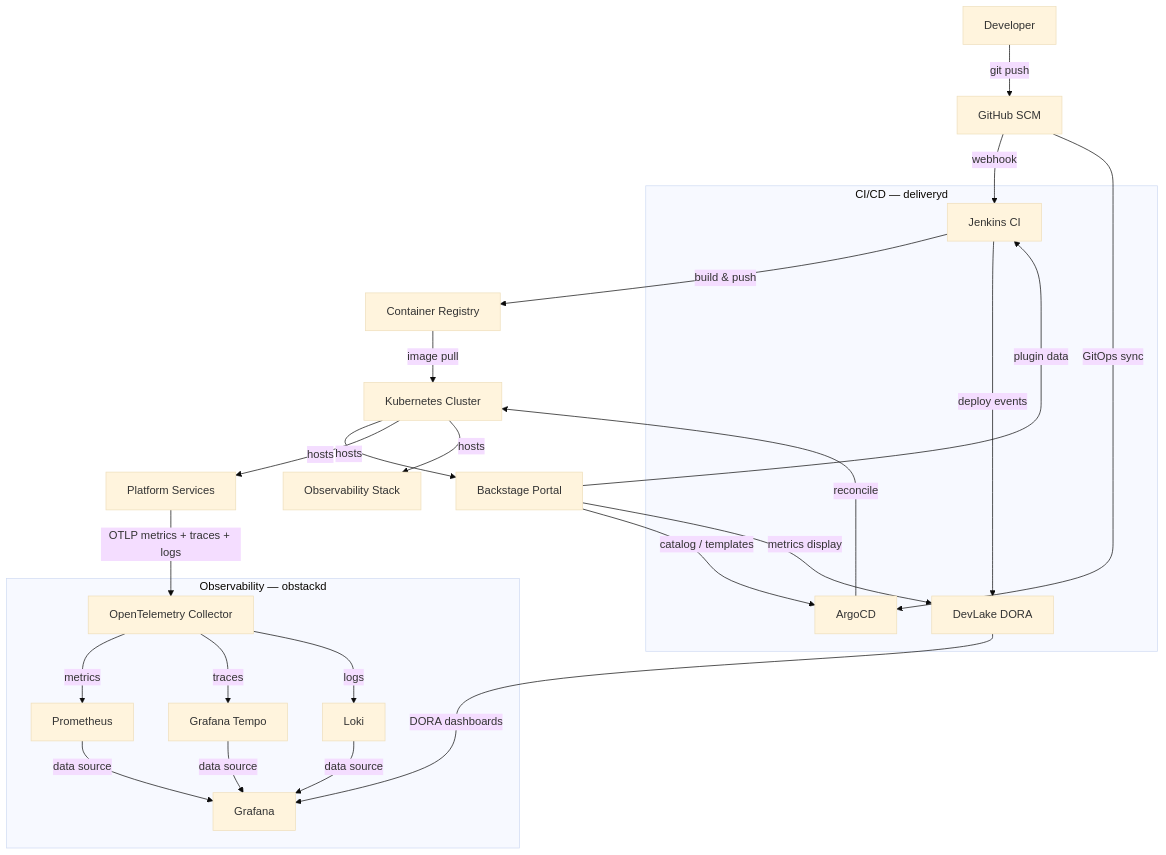
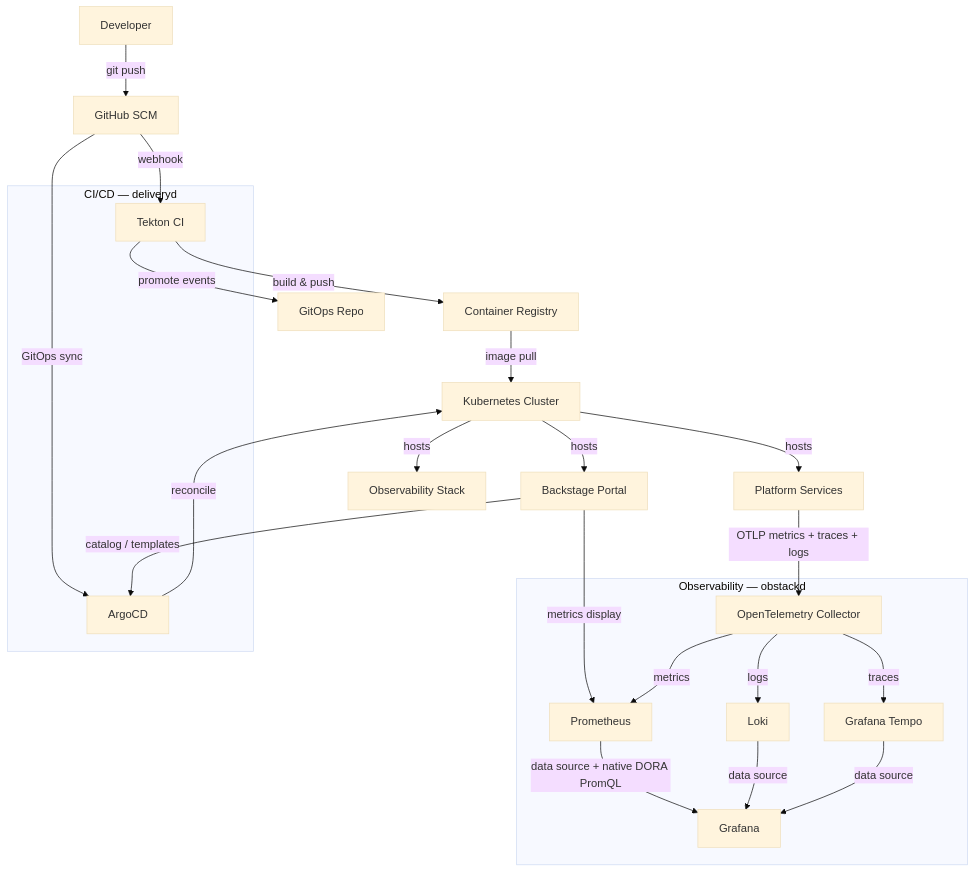
The first of 4 diagrams in docs/ARCHITECTURE.md (paruff/fawkes), drawn with Mermaid (base theme) before and after one commit. The commit also changed other lines of this file and 15 other files, not shown here.

Commit message:
feat(arch): integrate architect feedback — Tekton, 2 monoliths, OpenBao, native DORA (#2091)

````diff
--- a/docs/ARCHITECTURE.md
+++ b/docs/ARCHITECTURE.md
@@ -262,46 +259,42 @@
 ```mermaid
 graph TD
     Dev[Developer] -->|git push| GitHub[GitHub SCM]
 
-    GitHub -->|webhook| Jenkins[Jenkins CI]
+    GitHub -->|webhook| Tekton[Tekton CI]
     GitHub -->|GitOps sync| ArgoCD[ArgoCD]
 
-    Jenkins -->|build & push| Registry[Container Registry]
-    Jenkins -->|deploy events| DevLake[DevLake DORA]
+    Tekton -->|build & push| Registry[Container Registry]
+    Tekton -->|promote events| GitOps[GitOps Repo]
 
     ArgoCD -->|reconcile| K8s[Kubernetes Cluster]
     Registry -->|image pull| K8s
 
     K8s -->|hosts| Backstage[Backstage Portal]
     K8s -->|hosts| Services[Platform Services]
     K8s -->|hosts| Observability[Observability Stack]
 
     Backstage -->|catalog / templates| ArgoCD
-    Backstage -->|plugin data| Jenkins
-    Backstage -->|metrics display| DevLake
+    Backstage -->|metrics display| Prometheus
 
     Services -->|OTLP metrics + traces + logs| OTel[OpenTelemetry Collector]
     OTel -->|metrics| Prometheus[Prometheus]
     OTel -->|traces| Tempo[Grafana Tempo]
     OTel -->|logs| Loki[Loki]
 
-    Prometheus -->|data source| Grafana[Grafana]
+    Prometheus -->|data source + native DORA PromQL| Grafana[Grafana]
     Loki -->|data source| Grafana
     Tempo -->|data source| Grafana
-
-    DevLake -->|DORA dashboards| Grafana
 
     subgraph Obstackd [Observability — obstackd]
         Prometheus
         Grafana
         Tempo
         Loki
         OTel[OpenTelemetry Collector]
     end
 
     subgraph Deliveryd [CI/CD — deliveryd]
-        Jenkins
+        Tekton
         ArgoCD
-        DevLake
     end
 ```
````
